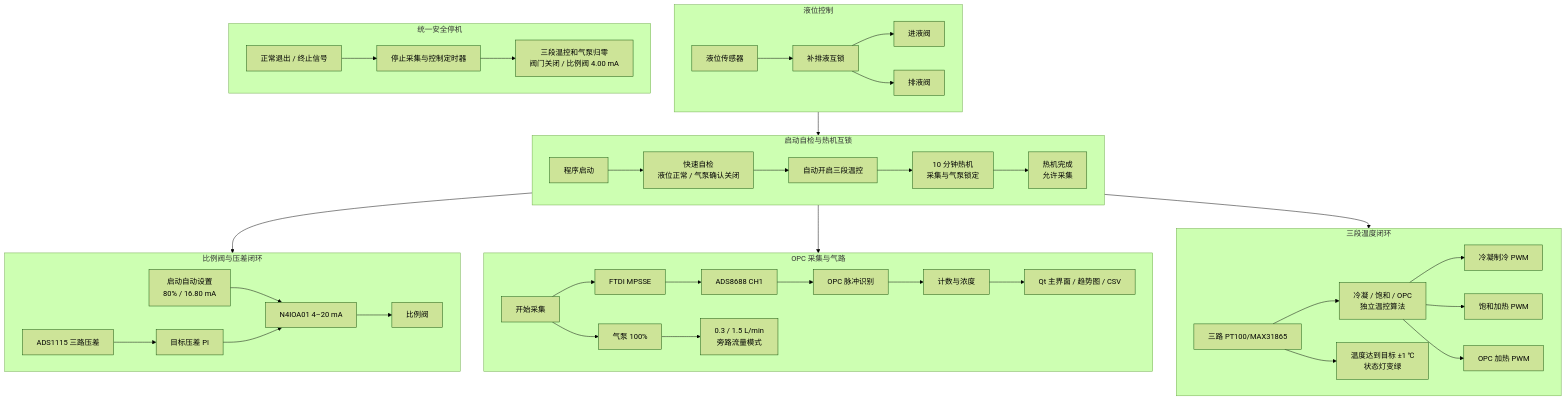
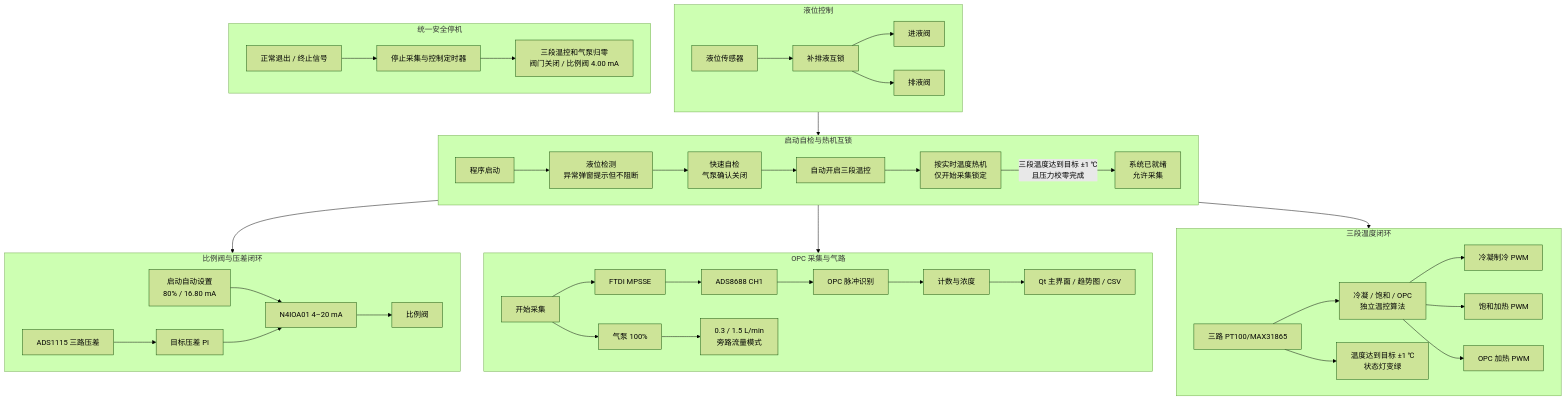
One commit to Zhaoooq/CPC changed the diagram in README.md. Above: the diagram before and after it, drawn with Mermaid (forest theme). The commit also changed other lines of this file and 8 other files, not shown here.

````diff
--- a/README.md
+++ b/README.md
@@ -23,55 +23,56 @@
 ```mermaid
 flowchart TB
     subgraph Startup[启动自检与热机互锁]
         direction LR
-        Launch[程序启动] --> Check[快速自检<br/>液位正常 / 气泵确认关闭]
+        Launch[程序启动] --> LiquidCheck[液位检测<br/>异常弹窗提示但不阻断]
+        LiquidCheck --> Check[快速自检<br/>气泵确认关闭]
         Check --> TempEnable[自动开启三段温控]
-        TempEnable --> Warmup[10 分钟热机<br/>采集与气泵锁定]
-        Warmup --> Ready[热机完成<br/>允许采集]
+        TempEnable --> Warmup[按实时温度热机<br/>仅开始采集锁定]
+        Warmup -->|三段温度达到目标 ±1 ℃<br/>且压力校零完成| Ready[系统已就绪<br/>允许采集]
     end
 
     subgraph Temperature[三段温度闭环]
         direction LR
         PT100[三路 PT100/MAX31865] --> TempPID[冷凝 / 饱和 / OPC<br/>独立温控算法]
         TempPID --> CondPWM[冷凝制冷 PWM]
         TempPID --> SatPWM[饱和加热 PWM]
         TempPID --> OpcPWM[OPC 加热 PWM]
         PT100 --> Lamps[温度达到目标 ±1 ℃<br/>状态灯变绿]
     end
     TempEnable --> TempPID
 
     subgraph Acquisition[OPC 采集与气路]
         direction LR
         Acq[开始采集] --> Pump[气泵 100%]
         Acq --> FTDI[FTDI MPSSE]
         FTDI --> ADS8688[ADS8688 CH1]
         ADS8688 --> OPC[OPC 脉冲识别]
         OPC --> Count[计数与浓度]
         Count --> UI[Qt 主界面 / 趋势图 / CSV]
         Pump --> FlowMode[0.3 / 1.5 L/min<br/>旁路流量模式]
     end
     Ready --> Acq
 
     subgraph Pressure[比例阀与压差闭环]
         direction LR
         ValveDefault[启动自动设置<br/>80% / 16.80 mA] --> N4[N4IOA01 4–20 mA]
         ADS1115[ADS1115 三路压差] --> PI[目标压差 PI]
         PI --> N4
         N4 --> Valve[比例阀]
     end
     Launch --> ValveDefault
 
     subgraph LiquidLevel[液位控制]
         direction LR
         Level[液位传感器] --> Liquid[补排液互锁]
         Liquid --> Inlet[进液阀]
         Liquid --> Outlet[排液阀]
     end
     Level --> Check
 
     subgraph Shutdown[统一安全停机]
         direction LR
         Exit[正常退出 / 终止信号] --> StopTimers[停止采集与控制定时器]
         StopTimers --> SafeOutputs[三段温控和气泵归零<br/>阀门关闭 / 比例阀 4.00 mA]
     end
 ```
````
